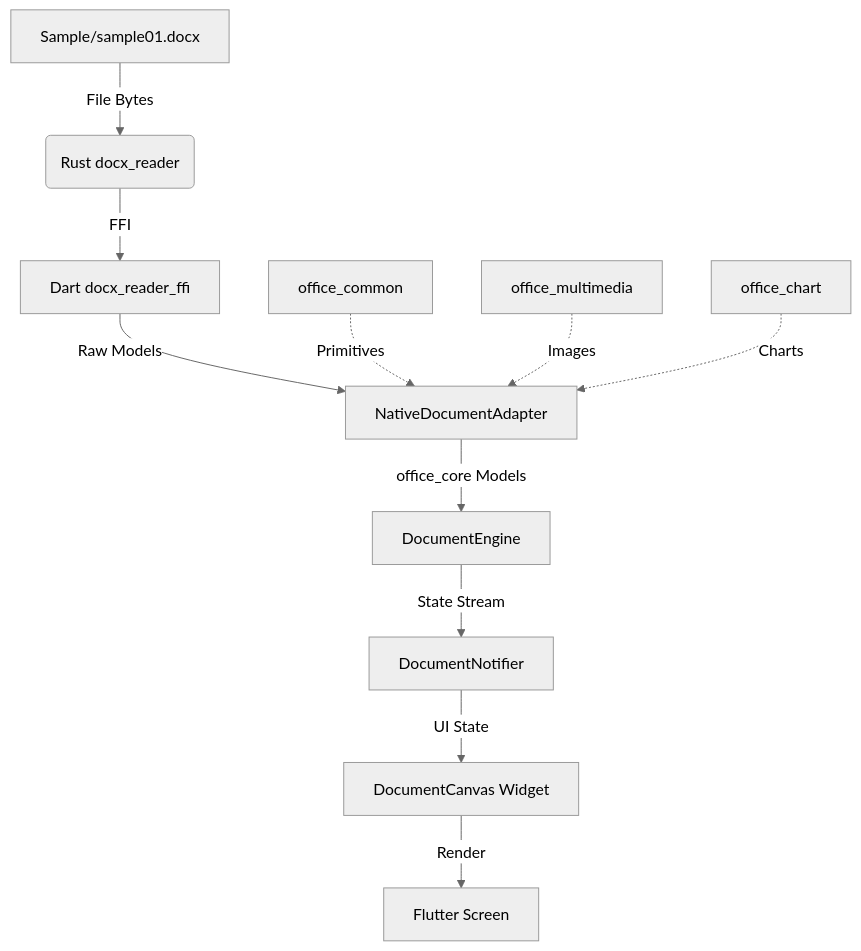
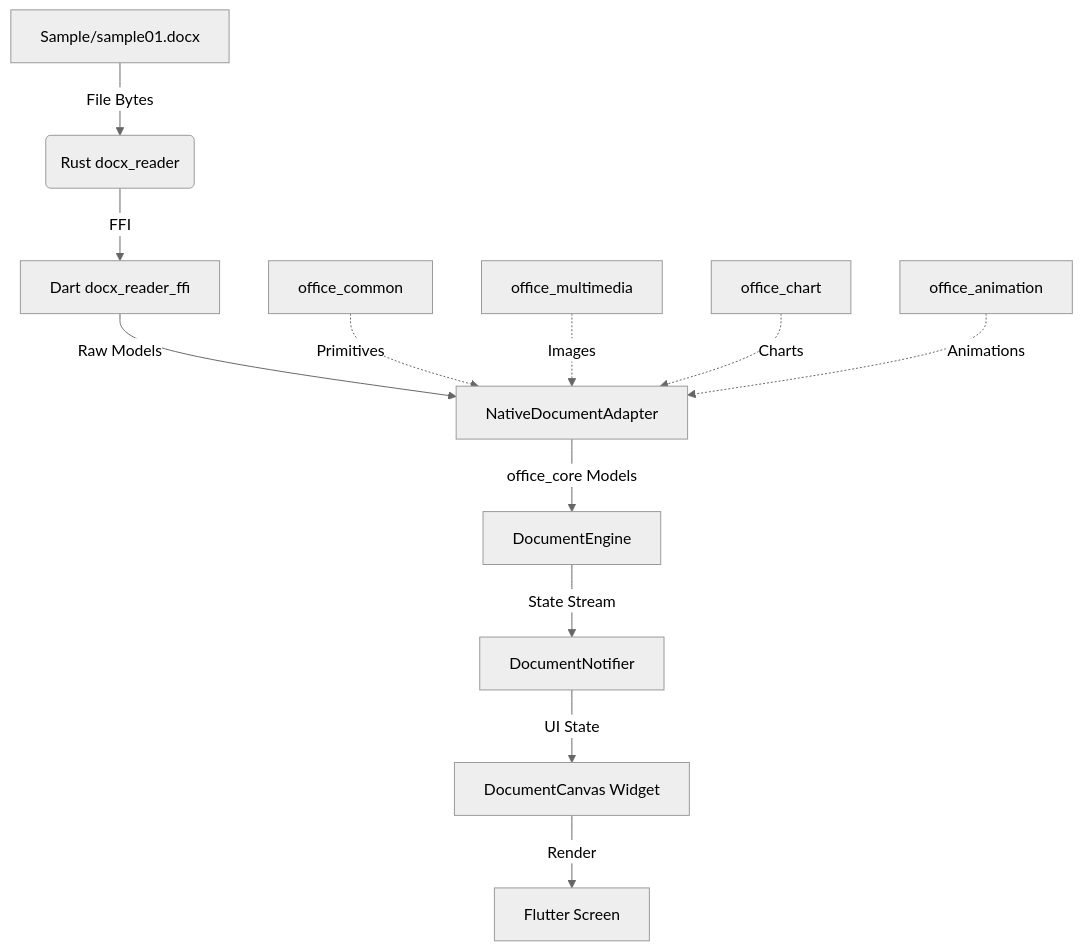
The diagram in Modules/Engine/docx_reader/README.md (n90d1n9/x02), drawn with Mermaid (neutral theme) before and after one commit. The commit also changed other lines of this file and 47 other files, not shown here.

````diff
--- a/Modules/Engine/docx_reader/README.md
+++ b/Modules/Engine/docx_reader/README.md
@@ -6,14 +11,15 @@
 ```mermaid
 graph TD
     A[Sample/sample01.docx] -->|File Bytes| B(Rust docx_reader)
     B -->|FFI | C[Dart docx_reader_ffi]
     C -->|Raw Models| D[NativeDocumentAdapter]
     D -->|office_core Models| E[DocumentEngine]
     E -->|State Stream| F[DocumentNotifier]
     F -->|UI State| G[DocumentCanvas Widget]
     G -->|Render| H[Flutter Screen]
     
     I[office_common] -.->|Primitives| D
     J[office_multimedia] -.->|Images| D
     K[office_chart] -.->|Charts| D
+    L[office_animation] -.->|Animations| D
 ```
````
